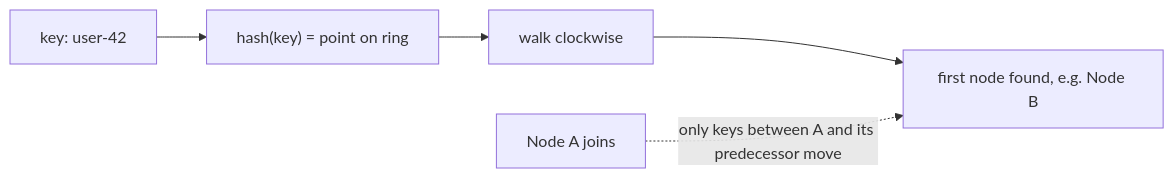
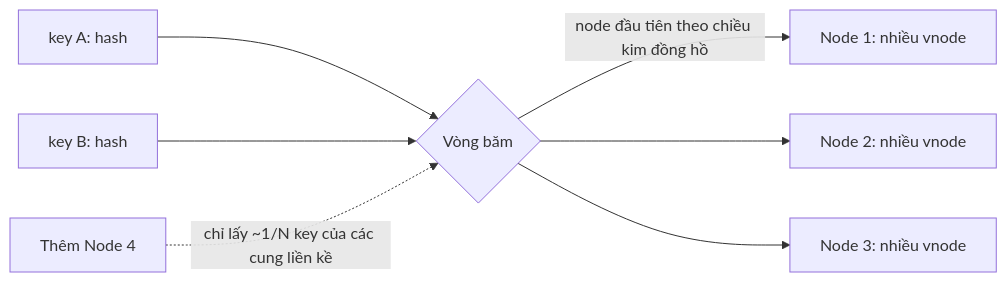
The diagram in src/assets/knowledge/playbooks/system-design/consistent-hashing.md (passion-Infinity/personal-tech-playbook), drawn with Mermaid before and after one commit. The commit also changed other lines of this file and 10 other files, not shown here.

````diff
--- a/src/assets/knowledge/playbooks/system-design/consistent-hashing.md
+++ b/src/assets/knowledge/playbooks/system-design/consistent-hashing.md
@@ -33,7 +36,9 @@
 ```mermaid
 flowchart LR
-    K["key: user-42"] --> H["hash(key) = point on ring"]
-    H --> W["walk clockwise"]
-    W --> N["first node found, e.g. Node B"]
-    A["Node A joins"] -.->|"only keys between A and its predecessor move"| N
+    K1["key A: hash"] --> R{"Vòng băm"}
+    K2["key B: hash"] --> R
+    R -->|"node đầu tiên theo chiều kim đồng hồ"| N1["Node 1: nhiều vnode"]
+    R --> N2["Node 2: nhiều vnode"]
+    R --> N3["Node 3: nhiều vnode"]
+    NEW["Thêm Node 4"] -.->|"chỉ lấy ~1/N key của các cung liền kề"| R
 ```
````
